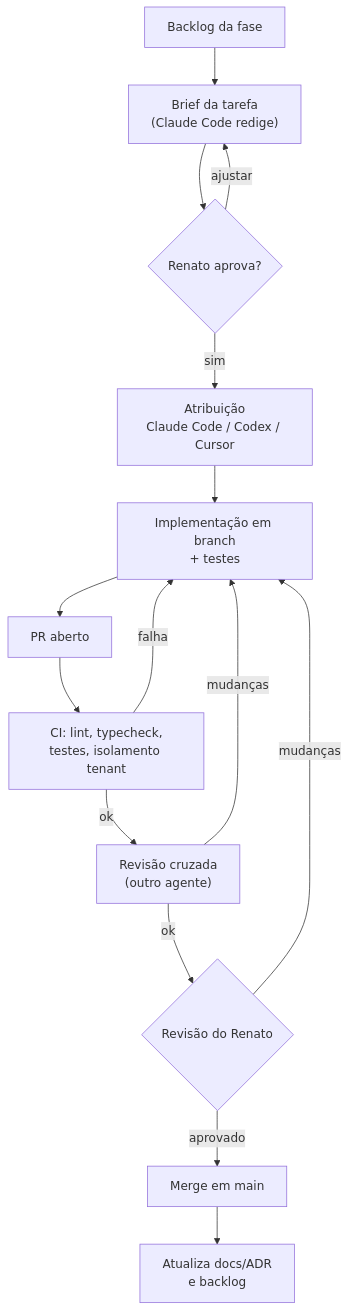
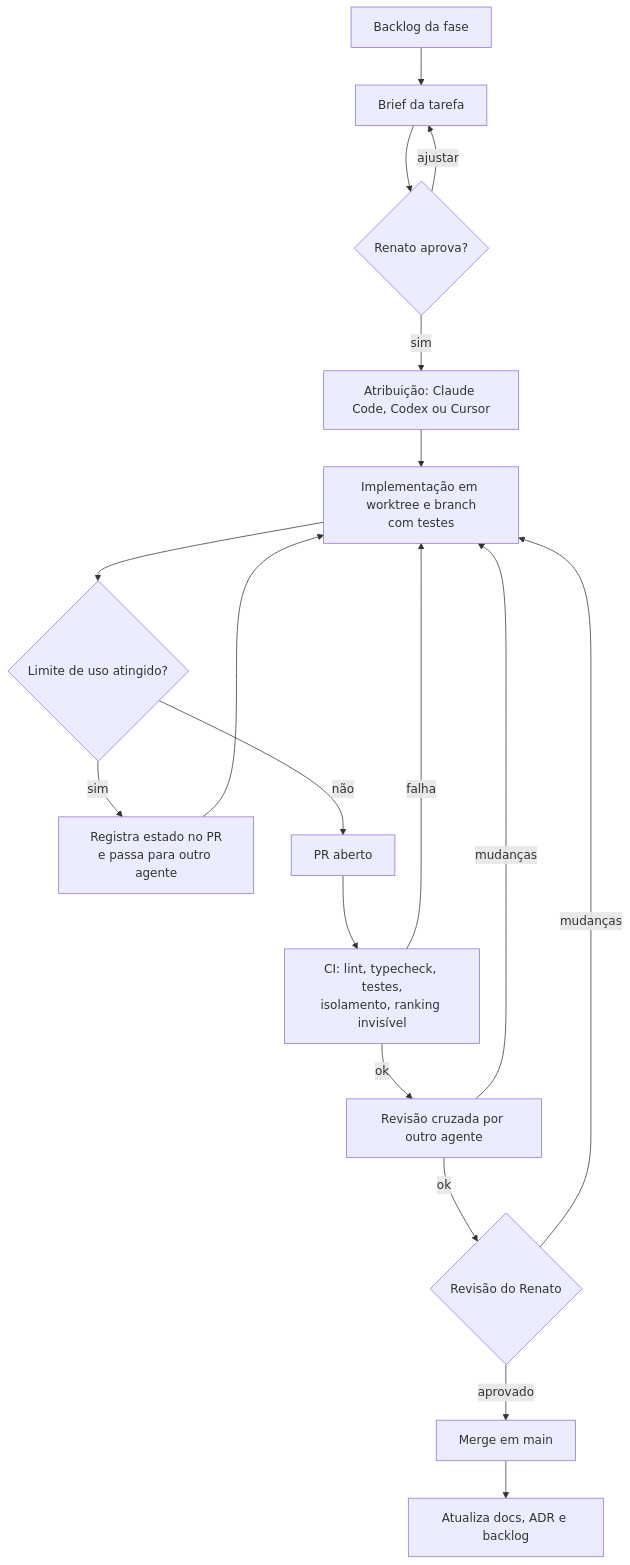
One commit to RenatoBS/sistema-candidatura-vagas changed the first of 2 diagrams in docs/plano-implementacao.md. Above: the diagram before and after it, drawn with Mermaid. The commit also changed other lines of this file and 23 other files, not shown here.

````diff
--- a/docs/plano-implementacao.md
+++ b/docs/plano-implementacao.md
@@ -98,17 +111,20 @@
 ```mermaid
 flowchart TD
-  A[Backlog da fase] --> B["Brief da tarefa<br/>(Claude Code redige)"]
+  A[Backlog da fase] --> B["Brief da tarefa"]
   B --> C{Renato aprova?}
   C -- ajustar --> B
-  C -- sim --> D["Atribuição<br/>Claude Code / Codex / Cursor"]
-  D --> E["Implementação em branch<br/>+ testes"]
-  E --> F[PR aberto]
-  F --> G[CI: lint, typecheck,<br/>testes, isolamento tenant]
+  C -- sim --> D["Atribuição: Claude Code, Codex ou Cursor"]
+  D --> E["Implementação em worktree e branch<br/>com testes"]
+  E --> LIM{Limite de uso atingido?}
+  LIM -- sim --> HO["Registra estado no PR<br/>e passa para outro agente"]
+  HO --> E
+  LIM -- não --> F[PR aberto]
+  F --> G["CI: lint, typecheck, testes,<br/>isolamento, ranking invisível"]
   G -- falha --> E
-  G -- ok --> H["Revisão cruzada<br/>(outro agente)"]
+  G -- ok --> H["Revisão cruzada por outro agente"]
   H -- mudanças --> E
   H -- ok --> I{Revisão do Renato}
   I -- mudanças --> E
   I -- aprovado --> J[Merge em main]
-  J --> K[Atualiza docs/ADR<br/>e backlog]
+  J --> K["Atualiza docs, ADR e backlog"]
 ```
````
